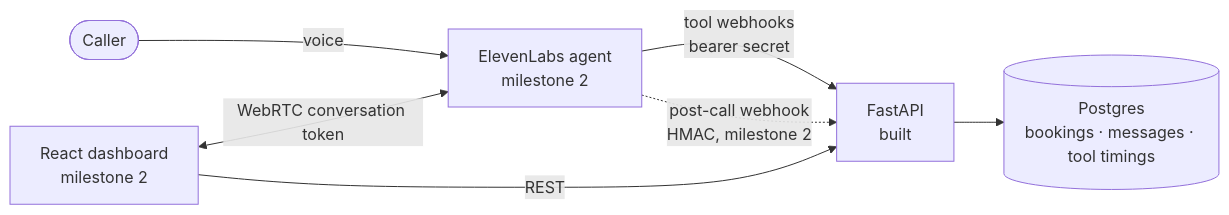
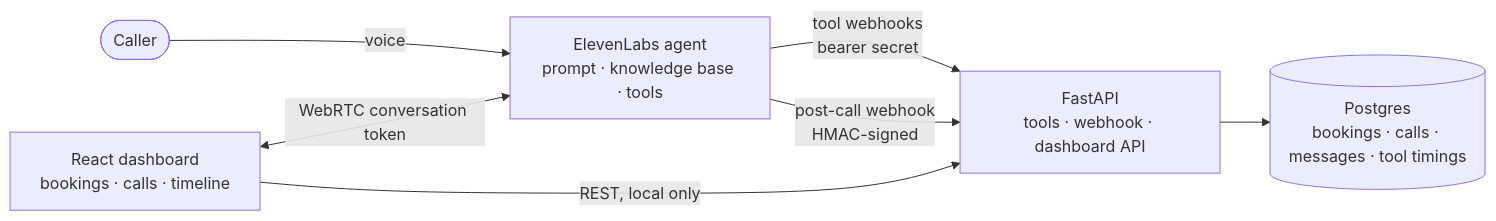
One commit to RakinRkz/maitre-d changed the diagram in README.md. Above: the diagram before and after it, drawn with Mermaid. The commit also changed other lines of this file and 1 other file, not shown here.

First line of the commit message:
Rewrite the README around the system as built, with a dashboard screenshot

````diff
--- a/README.md
+++ b/README.md
@@ -23,9 +27,9 @@
 ```mermaid
 flowchart LR
-    caller([Caller]) -->|voice| agent["ElevenLabs agent<br/>milestone 2"]
-    agent -->|"tool webhooks<br/>bearer secret"| api["FastAPI<br/>built"]
-    agent -.->|"post-call webhook<br/>HMAC, milestone 2"| api
-    api --> db[("Postgres<br/>bookings · messages · tool timings")]
-    dashboard["React dashboard<br/>milestone 2"] -->|REST| api
+    caller([Caller]) -->|voice| agent["ElevenLabs agent<br/>prompt · knowledge base · tools"]
+    agent -->|"tool webhooks<br/>bearer secret"| api["FastAPI<br/>tools · webhook · dashboard API"]
+    agent -->|"post-call webhook<br/>HMAC-signed"| api
+    api --> db[("Postgres<br/>bookings · calls · messages · tool timings")]
+    dashboard["React dashboard<br/>bookings · calls · timeline"] -->|"REST, local only"| api
     dashboard <-->|"WebRTC conversation token"| agent
 ```
````
